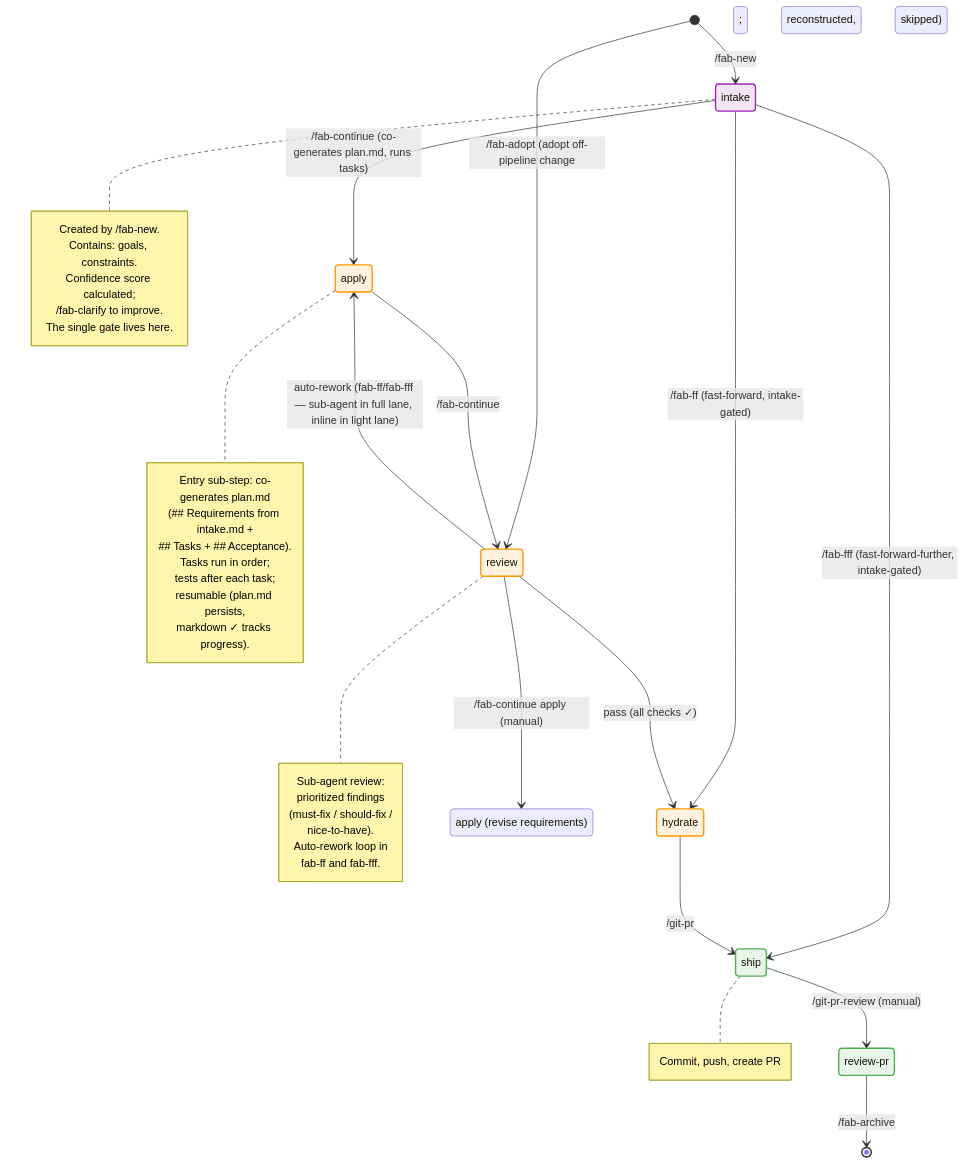
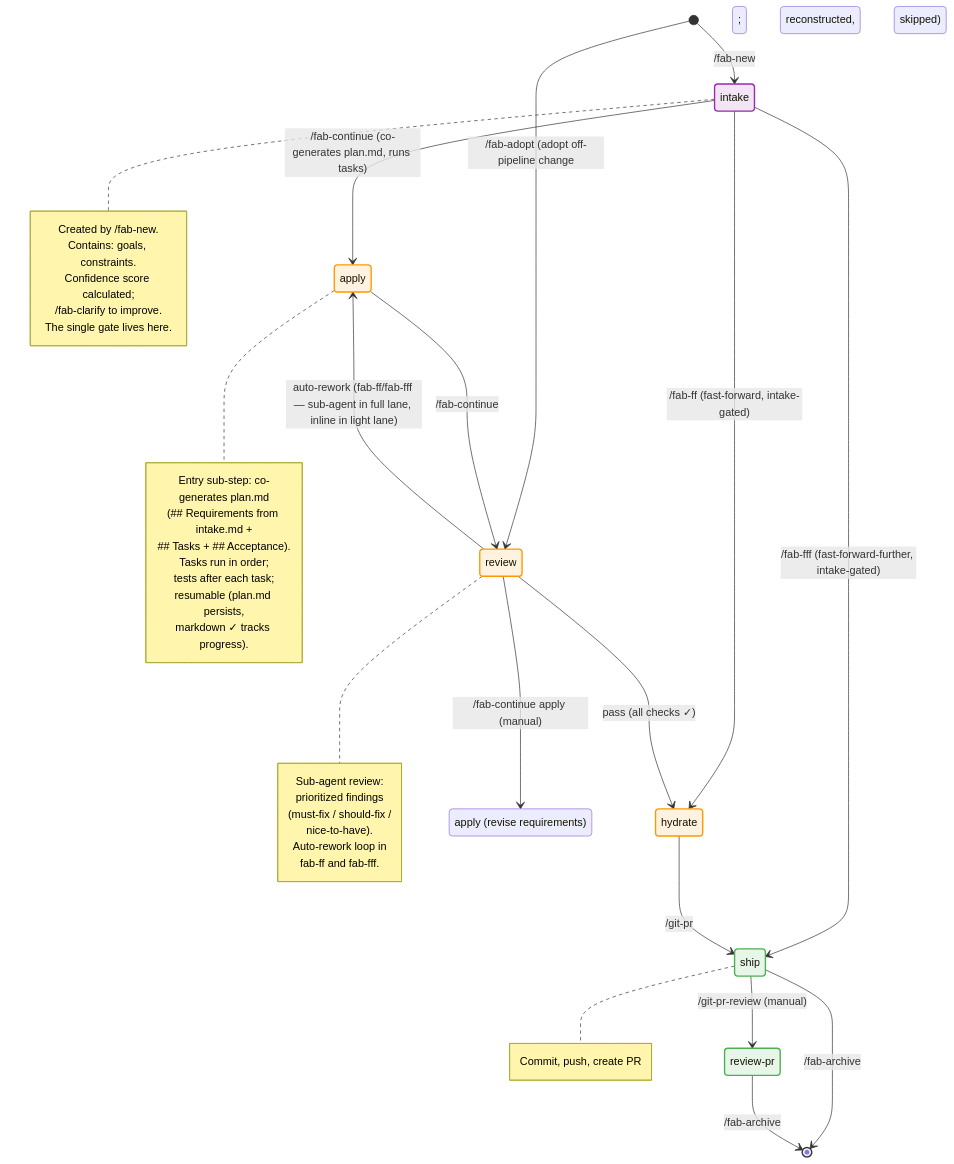
One commit to sahil87/fab-kit changed the third of 4 diagrams in docs/specs/user-flow.md. Above: the diagram before and after it, drawn with Mermaid. The commit also changed 11 other files, not shown here.

````diff
--- a/docs/specs/user-flow.md
+++ b/docs/specs/user-flow.md
@@ -98,66 +98,67 @@
 ```mermaid
 stateDiagram-v2
     direction TB
 
     [*] --> intake: /fab-new
     [*] --> review: /fab-adopt (adopt off-pipeline change; intake reconstructed, apply skipped)
 
     intake --> apply: /fab-continue (co-generates plan.md, runs tasks)
     intake --> hydrate: /fab-ff (fast-forward, intake-gated)
     intake --> ship: /fab-fff (fast-forward-further, intake-gated)
 
     apply --> review: /fab-continue
 
     review --> hydrate: pass (all checks ✓)
     review --> apply: auto-rework (fab-ff/fab-fff — sub-agent in full lane, inline in light lane)
     review --> earlier_stage: /fab-continue apply (manual)
 
     state "apply (revise requirements)" as earlier_stage
 
     hydrate --> ship: /git-pr
     ship --> review_pr: /git-pr-review (manual)
+    ship --> [*]: /fab-archive
     review_pr --> [*]: /fab-archive
 
     state "review-pr" as review_pr
 
     note right of intake
         Created by /fab-new.
         Contains: goals, constraints.
         Confidence score calculated;
         /fab-clarify to improve.
         The single gate lives here.
     end note
 
     note right of apply
         Entry sub-step: co-generates plan.md
         (## Requirements from intake.md +
         ## Tasks + ## Acceptance).
         Tasks run in order;
         tests after each task;
         resumable (plan.md persists,
         markdown ✓ tracks progress).
     end note
 
     note right of review
         Sub-agent review:
         prioritized findings
         (must-fix / should-fix /
         nice-to-have).
         Auto-rework loop in
         fab-ff and fab-fff.
     end note
 
     note right of ship
         Commit, push, create PR
     end note
 
     %% Styles
     classDef planning fill:#e8f4f8,stroke:#2196F3,stroke-width:2px
     classDef execution fill:#fff3e0,stroke:#FF9800,stroke-width:2px
     classDef shipping fill:#e8f5e9,stroke:#4CAF50,stroke-width:2px
     classDef input fill:#f3e5f5,stroke:#9C27B0,stroke-width:2px
 
     class intake input
     class apply,review,hydrate execution
     class ship,review_pr shipping
 ```
````
